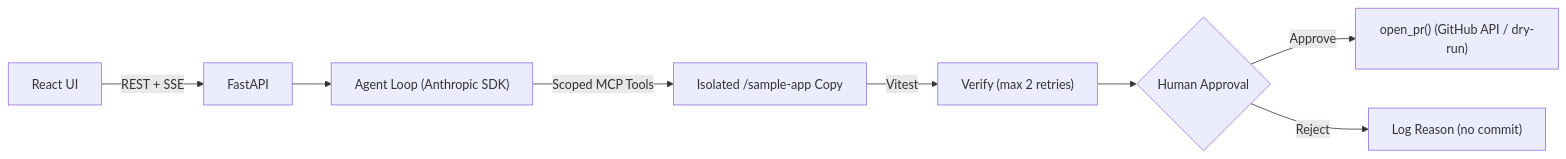
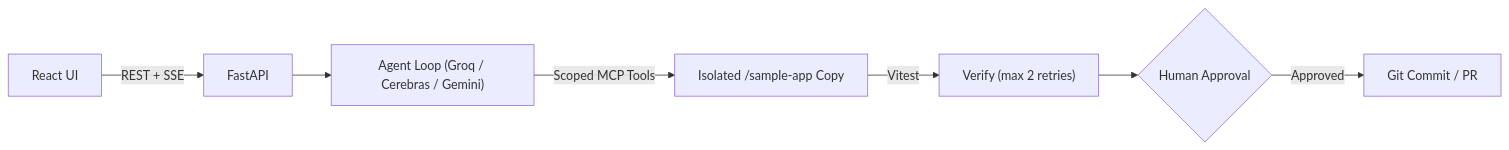
Before and after one commit to varuunnn216/sdlc-agent-orchestrator: the diagram in README.md, drawn with Mermaid. The commit also changed other lines of this file and 2 other files, not shown here.

````diff
--- a/README.md
+++ b/README.md
@@ -9,10 +17,9 @@
 ```mermaid
 flowchart LR
     UI["React UI"] -->|"REST + SSE"| API["FastAPI"]
-    API --> Agent["Agent Loop (Anthropic SDK)"]
+    API --> Agent["Agent Loop (Groq / Cerebras / Gemini)"]
     Agent -->|"Scoped MCP Tools"| Work["Isolated /sample-app Copy"]
     Work -->|"Vitest"| Verify["Verify (max 2 retries)"]
     Verify --> Gate{"Human Approval"}
-    Gate -->|"Approve"| GitHub["open_pr() (GitHub API / dry-run)"]
-    Gate -->|"Reject"| Log["Log Reason (no commit)"]
+    Gate -->|"Approved"| PR["Git Commit / PR"]
 ```
````
